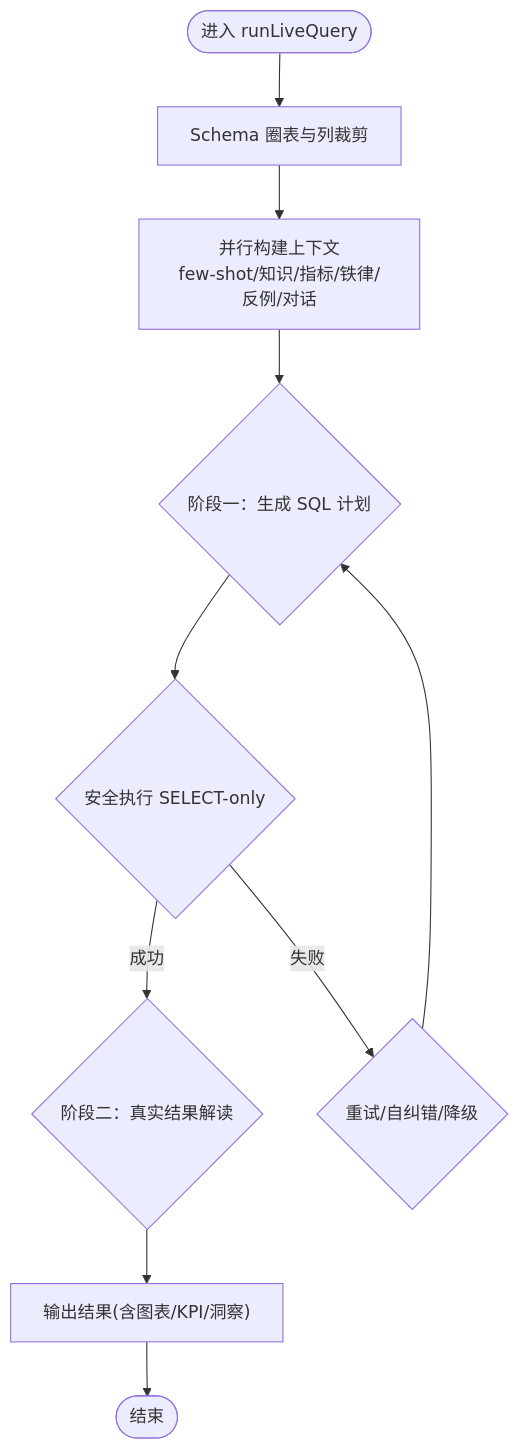
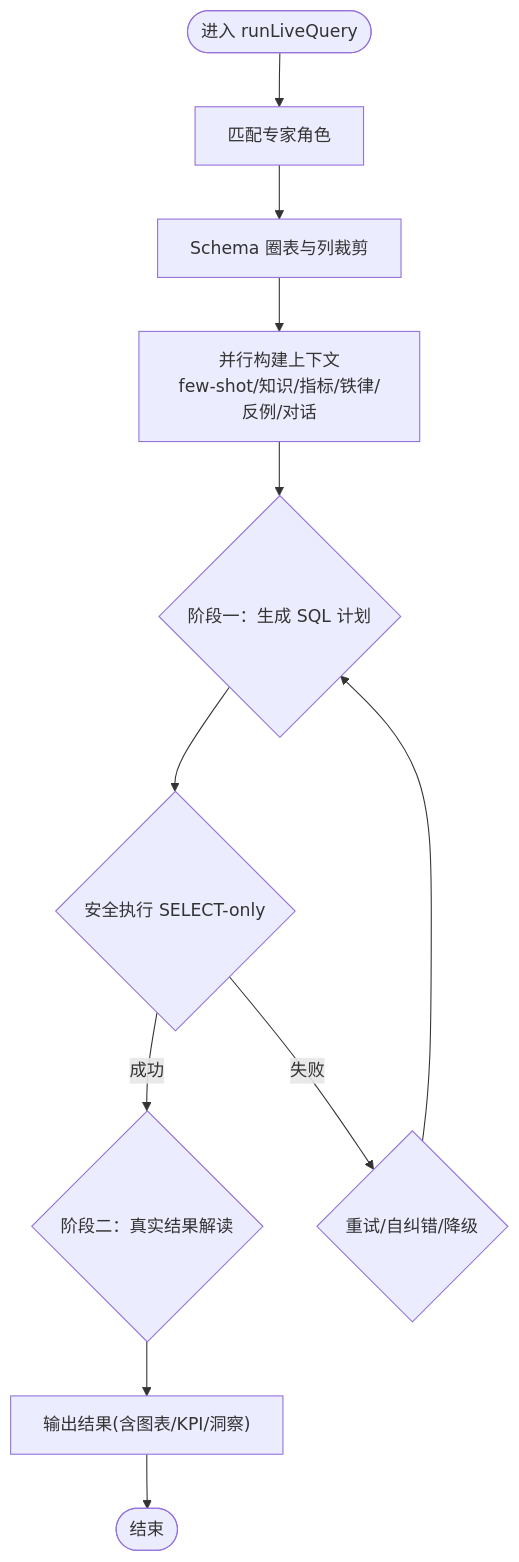
The third of 9 diagrams in .qoder/repowiki/zh/content/项目概述/系统介绍与特性.md (dgjin/smart-data-analytics), drawn with Mermaid before and after one commit. The commit also changed other lines of this file and 100 other files, not shown here.

````diff
--- a/.qoder/repowiki/zh/content/项目概述/系统介绍与特性.md
+++ b/.qoder/repowiki/zh/content/项目概述/系统介绍与特性.md
@@ -115,12 +146,13 @@
 ```mermaid
 flowchart TD
-Start(["进入 runLiveQuery"]) --> Link["Schema 圈表与列裁剪"]
+Start(["进入 runLiveQuery"]) --> Role["匹配专家角色"]
+Role --> Link["Schema 圈表与列裁剪"]
 Link --> Context["并行构建上下文<br/>few-shot/知识/指标/铁律/反例/对话"]
 Context --> Stage1{"阶段一：生成 SQL 计划"}
 Stage1 --> Exec{"安全执行 SELECT-only"}
 Exec --> |成功| Stage2{"阶段二：真实结果解读"}
 Exec --> |失败| Retry{"重试/自纠错/降级"}
 Retry --> Stage1
 Stage2 --> Output["输出结果(含图表/KPI/洞察)"]
 Output --> End(["结束"])
 ```
````
